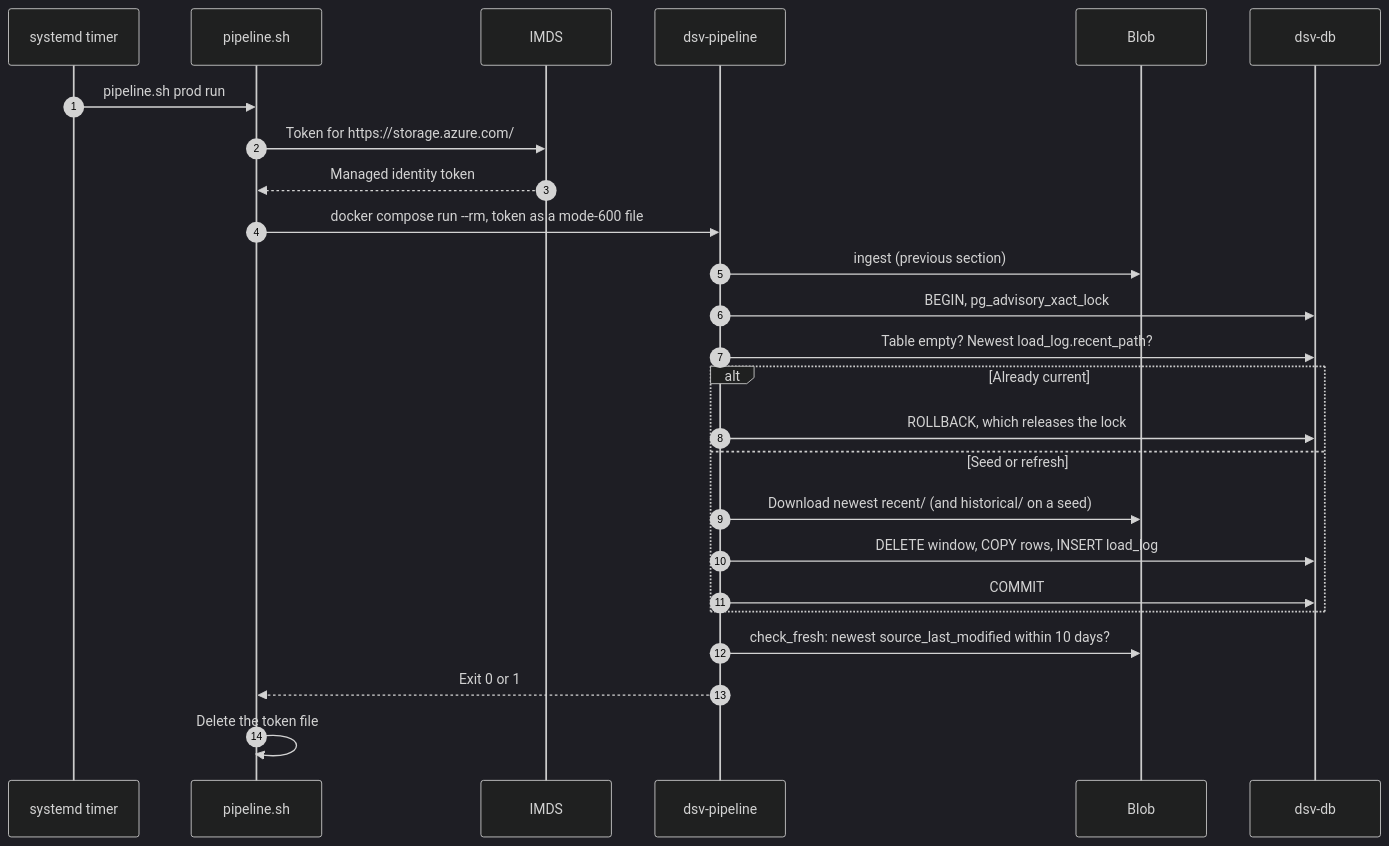
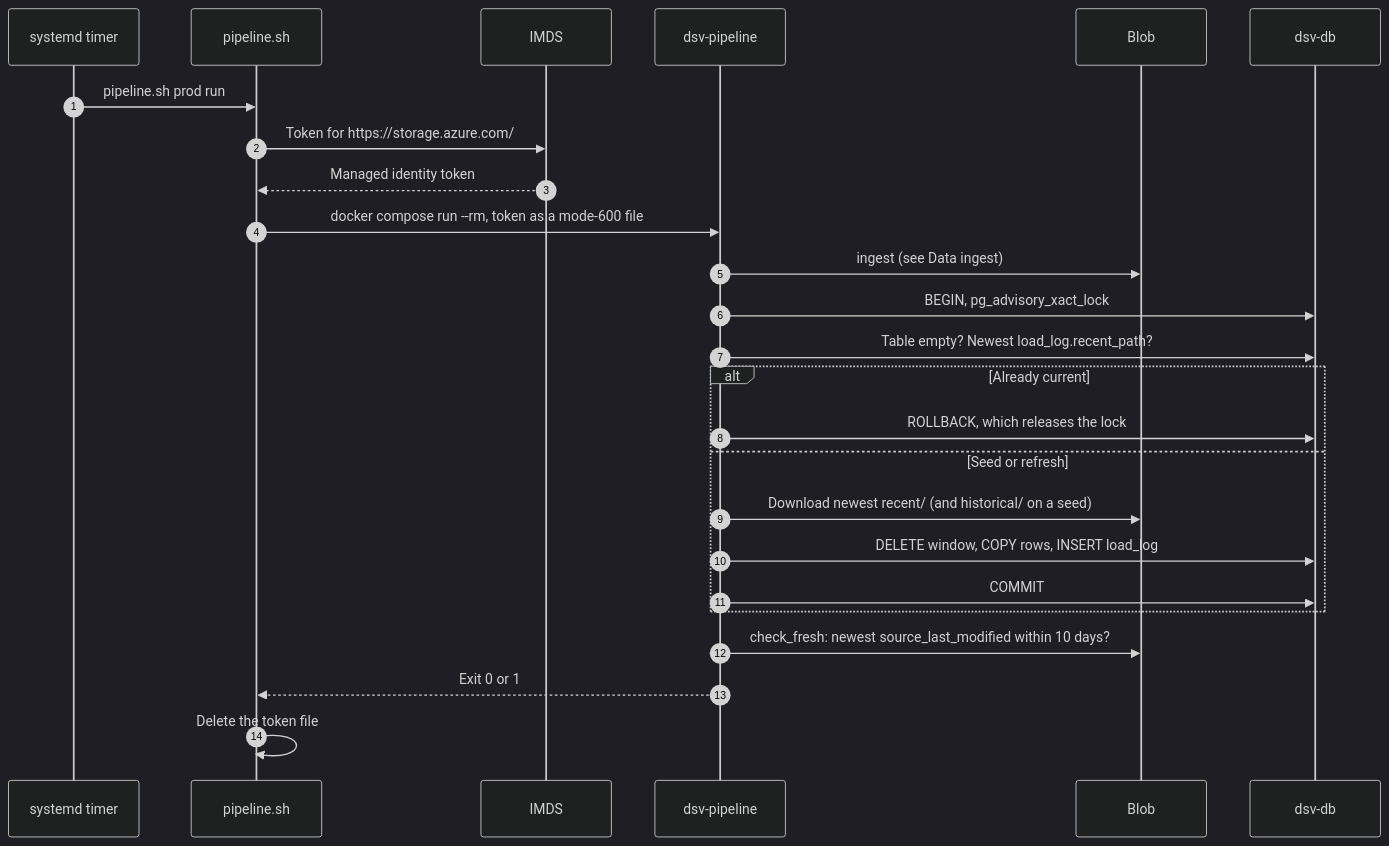
The first of 2 diagrams in docs-new/ref/3-7-data-operations.md (im-kenough/DineSafeViz), drawn with Mermaid (dark theme) before and after one commit. The commit also changed 3 other files, not shown here.

````diff
--- a/docs-new/ref/3-7-data-operations.md
+++ b/docs-new/ref/3-7-data-operations.md
@@ -28,27 +28,27 @@
 ```mermaid
 sequenceDiagram
     autonumber
     participant T as systemd timer
     participant S as pipeline.sh
     participant I as IMDS
     participant P as dsv-pipeline
     participant B as Blob
     participant D as dsv-db
     T->>S: pipeline.sh prod run
     S->>I: Token for https://storage.azure.com/
     I-->>S: Managed identity token
     S->>P: docker compose run --rm, token as a mode-600 file
-    P->>B: ingest (previous section)
+    P->>B: ingest (see Data ingest)
     P->>D: BEGIN, pg_advisory_xact_lock
     P->>D: Table empty? Newest load_log.recent_path?
     alt Already current
         P->>D: ROLLBACK, which releases the lock
     else Seed or refresh
         P->>B: Download newest recent/ (and historical/ on a seed)
         P->>D: DELETE window, COPY rows, INSERT load_log
         P->>D: COMMIT
     end
     P->>B: check_fresh: newest source_last_modified within 10 days?
     P-->>S: Exit 0 or 1
     S->>S: Delete the token file
 ```
````
